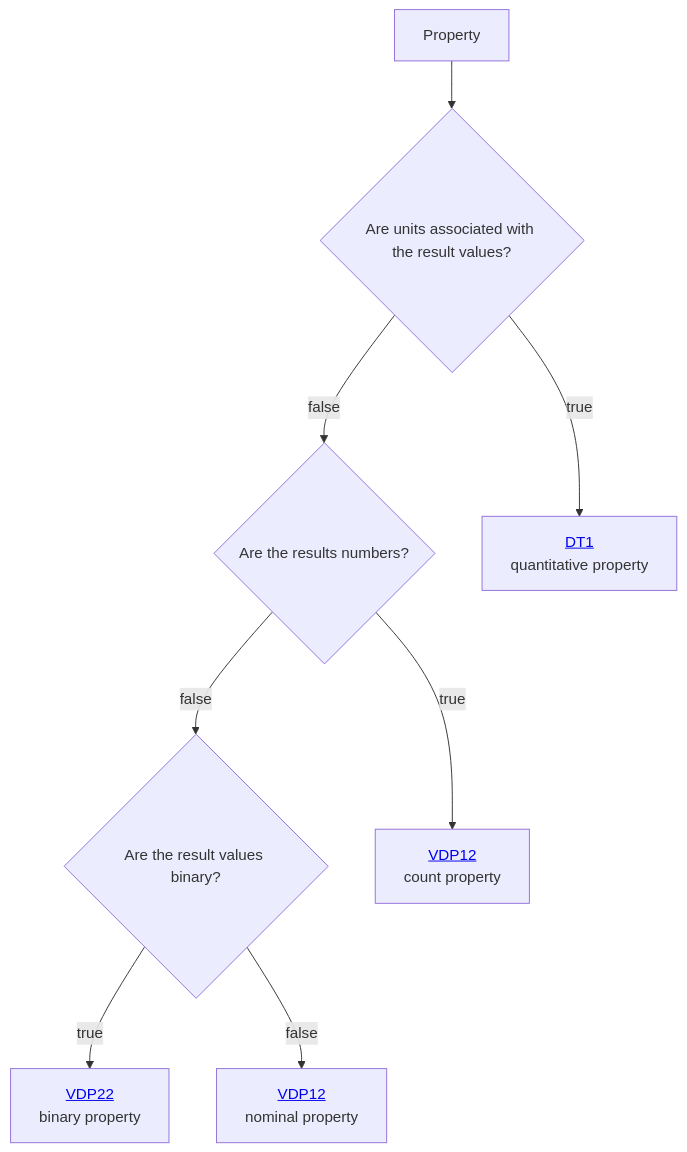
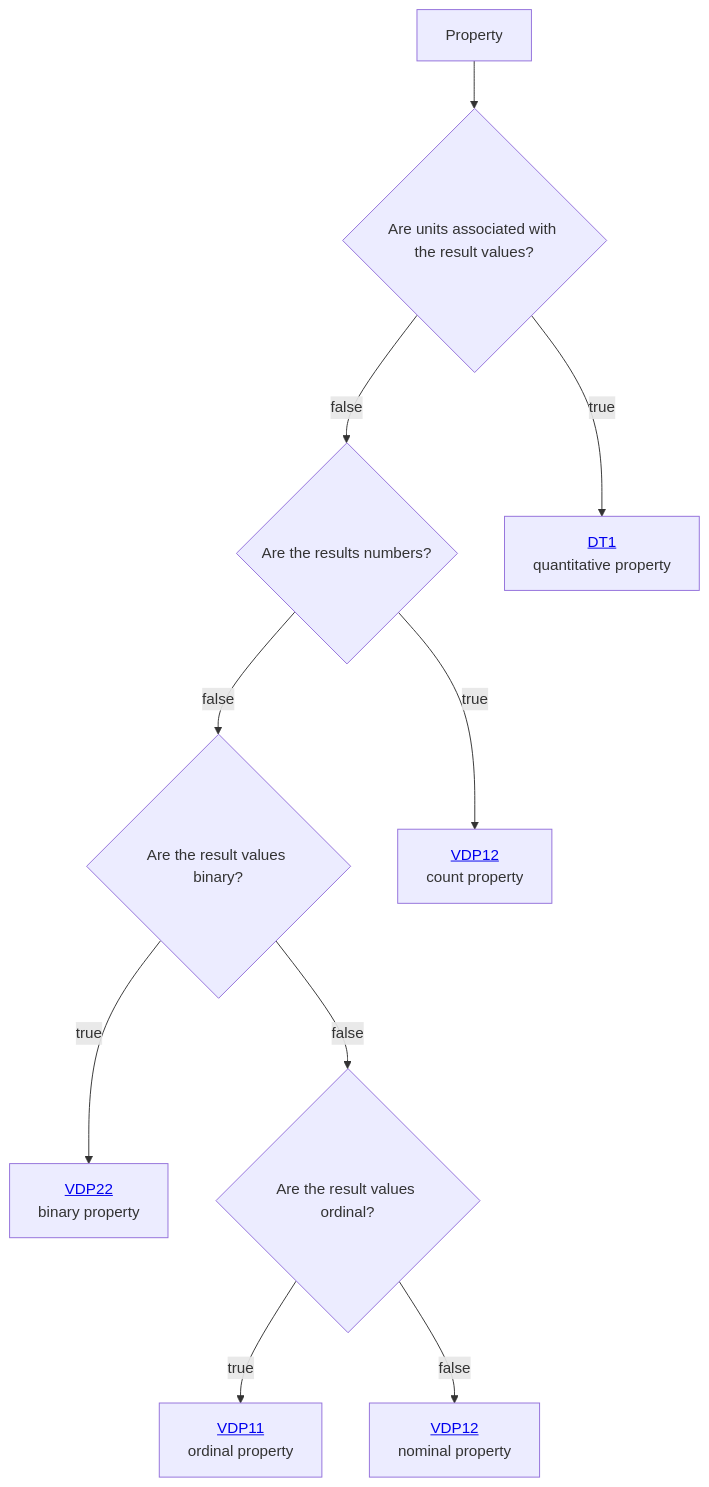
The diagram in Decisition_trees/DT0.mmd (mabablue/I-ADOPT-patterns-playground), drawn with Mermaid before and after one commit. The commit also changed other lines of this file, not shown here.

Commit message:
Refactor decision tree logic for result values

```diff
--- a/Decisition_trees/DT0.mmd
+++ b/Decisition_trees/DT0.mmd
@@ -1,8 +1,10 @@
 flowchart TD
     A[Property] --> B{Are units associated with the result values?}
     B --> |false|C{Are the results numbers?}
     B --> |true|D[<a href='https://github.com/mabablue/I-ADOPT-patterns-playground/blob/main/Decisition_trees/DT1.mmd'>DT1</a><br> quantitative property] 
     C --> |false|E{Are the result values binary?}
     C --> |true|H[<a href='https://github.com/mabablue/I-ADOPT-patterns-playground/blob/main/pattern/VDP12.yaml'>VDP12</a><br> count property] 
     E --> |true|F[<a href='https://github.com/mabablue/I-ADOPT-patterns-playground/blob/main/pattern/VDP11.yaml'>VDP22</a><br> binary property] 
-    E --> |false|I[<a href='https://github.com/mabablue/I-ADOPT-patterns-playground/blob/main/pattern/VDP12.yaml'>VDP12</a><br> nominal property] 
+    E --> |false|I{Are the result values ordinal?}
+    I --> |true|J[<a href='https://github.com/mabablue/I-ADOPT-patterns-playground/blob/main/pattern/VDP12.yaml'>VDP11</a><br> ordinal property] 
+    I --> |false|K[<a href='https://github.com/mabablue/I-ADOPT-patterns-playground/blob/main/pattern/VDP12.yaml'>VDP12</a><br> nominal property] 
```
